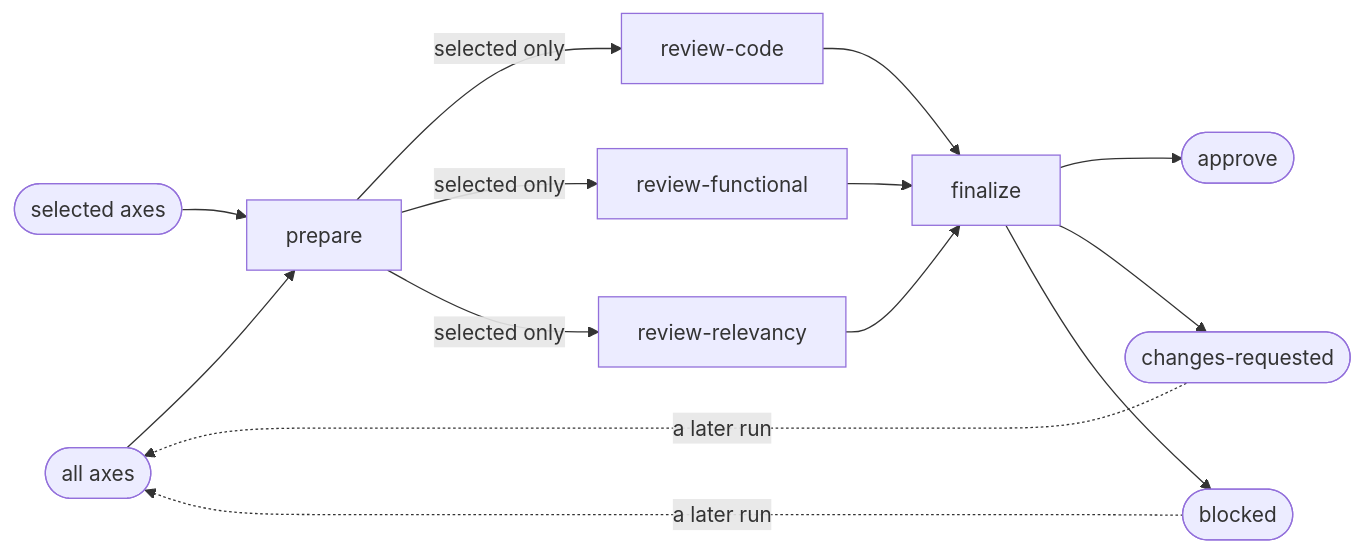
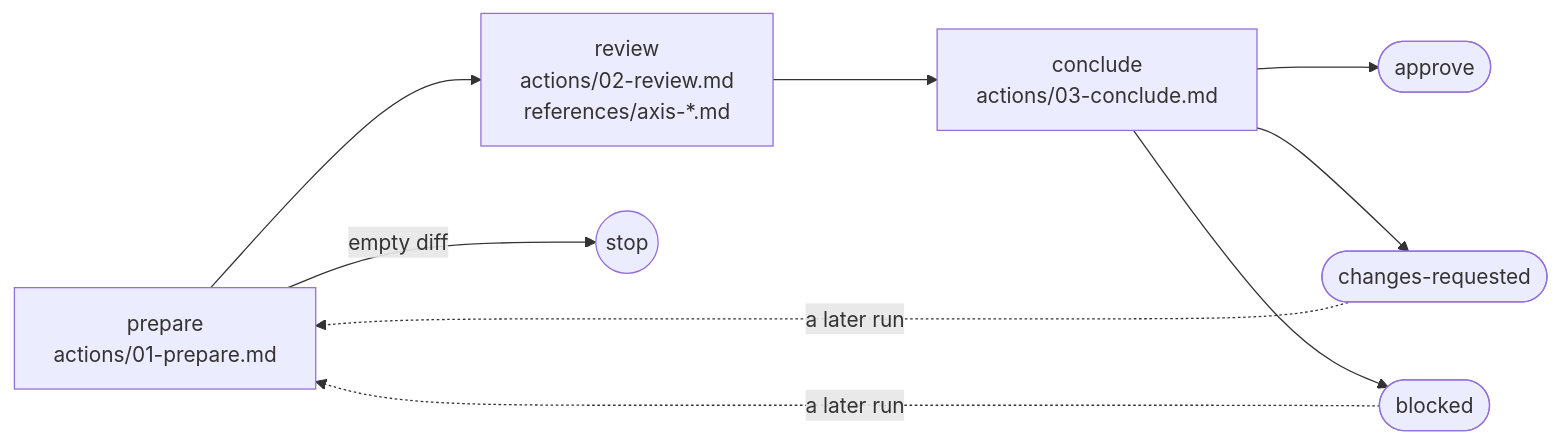
One commit to ai-driven-dev/framework changed the diagram in plugins/aidd-dev/skills/05-review/SKILL.md. Above: the diagram before and after it, drawn with Mermaid. The commit also changed other lines of this file and 18 other files, not shown here.

First line of the commit message:
refactor(aidd-dev): make review three steps with its axes as references

````diff
--- a/plugins/aidd-dev/skills/05-review/SKILL.md
+++ b/plugins/aidd-dev/skills/05-review/SKILL.md
@@ -9,11 +11,11 @@
 ```mermaid
 flowchart LR
-  all([all axes]) --> prepare
-  one([selected axes]) --> prepare
-  prepare -->|selected only| review-code & review-functional & review-relevancy --> finalize
-  finalize --> approve([approve])
-  finalize --> changes([changes-requested])
-  finalize --> blocked([blocked])
-  changes -.->|a later run| all
-  blocked -.->|a later run| all
+  prepare["prepare<br>actions/01-prepare.md"] --> review["review<br>actions/02-review.md<br>references/axis-*.md"]
+  review --> conclude["conclude<br>actions/03-conclude.md"]
+  prepare -->|"empty diff"| stop((stop))
+  conclude --> approve([approve])
+  conclude --> changes([changes-requested])
+  conclude --> blocked([blocked])
+  changes -.->|a later run| prepare
+  blocked -.->|a later run| prepare
 ```
````
